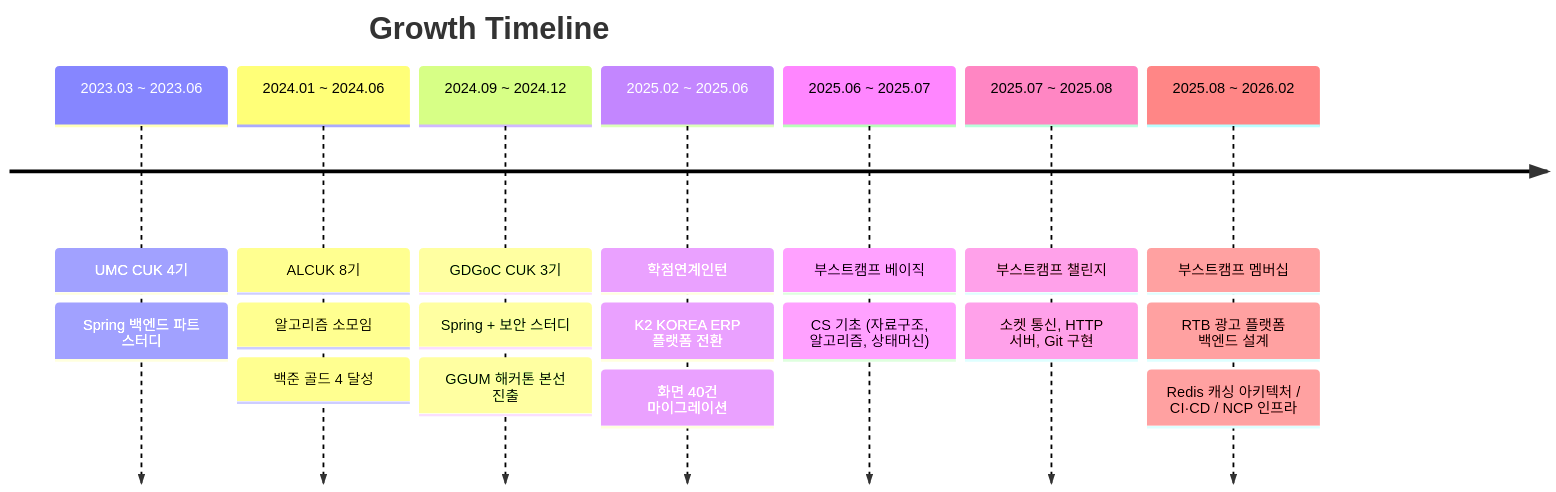
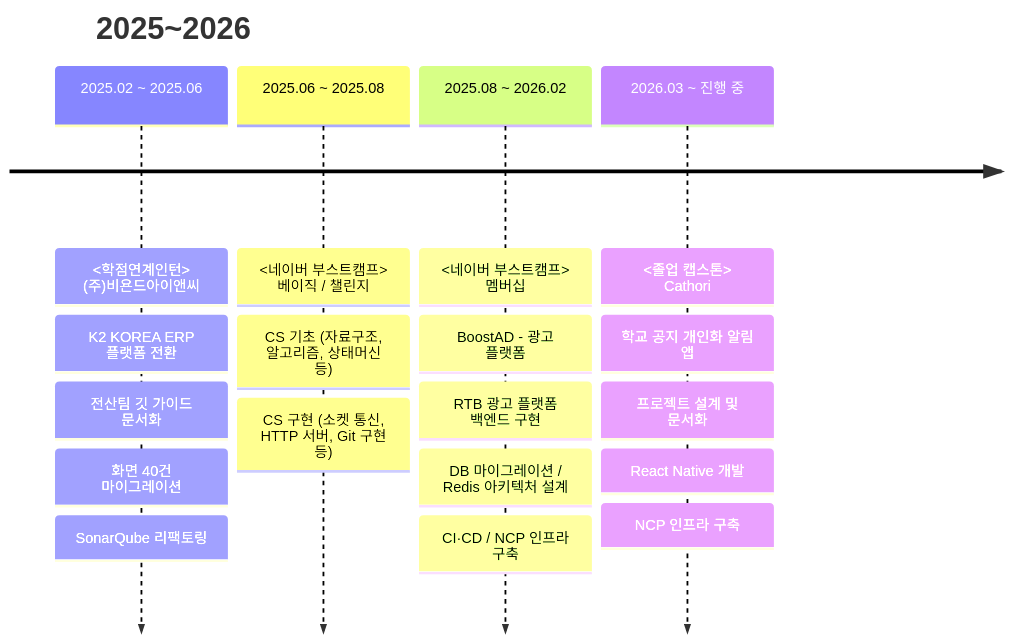
One commit to tomass22/tomass22 changed the second of 2 diagrams in README.md. Above: the diagram before and after it, drawn with Mermaid. The commit also changed other lines of this file, not shown here.

Commit message:
docs: github 프로필 꾸미기4

````diff
--- a/README.md
+++ b/README.md
@@ -14,29 +31,26 @@
 ```mermaid
 timeline
-    title Growth Timeline
-    2023.03 ~ 2023.06
-        : UMC CUK 4기
-        : Spring 백엔드 파트 스터디
-    2024.01 ~ 2024.06
-        : ALCUK 8기
-        : 알고리즘 소모임
-        : 백준 골드 4 달성
-    2024.09 ~ 2024.12
-        : GDGoC CUK 3기
-        : Spring + 보안 스터디
-        : GGUM 해커톤 본선 진출
+    title 2025~2026
     2025.02 ~ 2025.06
-        : 학점연계인턴
+        : <학점연계인턴> (주)비욘드아이앤씨
         : K2 KOREA ERP 플랫폼 전환
+        : 전산팀 깃 가이드 문서화
         : 화면 40건 마이그레이션
-    2025.06 ~ 2025.07
-        : 부스트캠프 베이직
-        : CS 기초 (자료구조, 알고리즘, 상태머신)
-    2025.07 ~ 2025.08
-        : 부스트캠프 챌린지
-        : 소켓 통신, HTTP 서버, Git 구현
+        : SonarQube 리팩토링
+    2025.06 ~ 2025.08
+        : <네이버 부스트캠프> <br> 베이직 / 챌린지
+        : CS 기초 (자료구조, 알고리즘, 상태머신 등)
+        : CS 구현 (소켓 통신, HTTP 서버, Git 구현 등)
     2025.08 ~ 2026.02
-        : 부스트캠프 멤버십
-        : RTB 광고 플랫폼 백엔드 설계
-        : Redis 캐싱 아키텍처 / CI·CD / NCP 인프라
+        : <네이버 부스트캠프> <br> 멤버십
+        : BoostAD - 광고 플랫폼
+        : RTB 광고 플랫폼 백엔드 구현
+        : DB 마이그레이션 / Redis 아키텍처 설계
+        : CI·CD / NCP 인프라 구축
+    2026.03 ~ 진행 중
+        : <졸업 캡스톤> <br> Cathori
+        : 학교 공지 개인화 알림 앱
+        : 프로젝트 설계 및 문서화 
+        : React Native 개발
+        : NCP 인프라 구축
 ```
````
